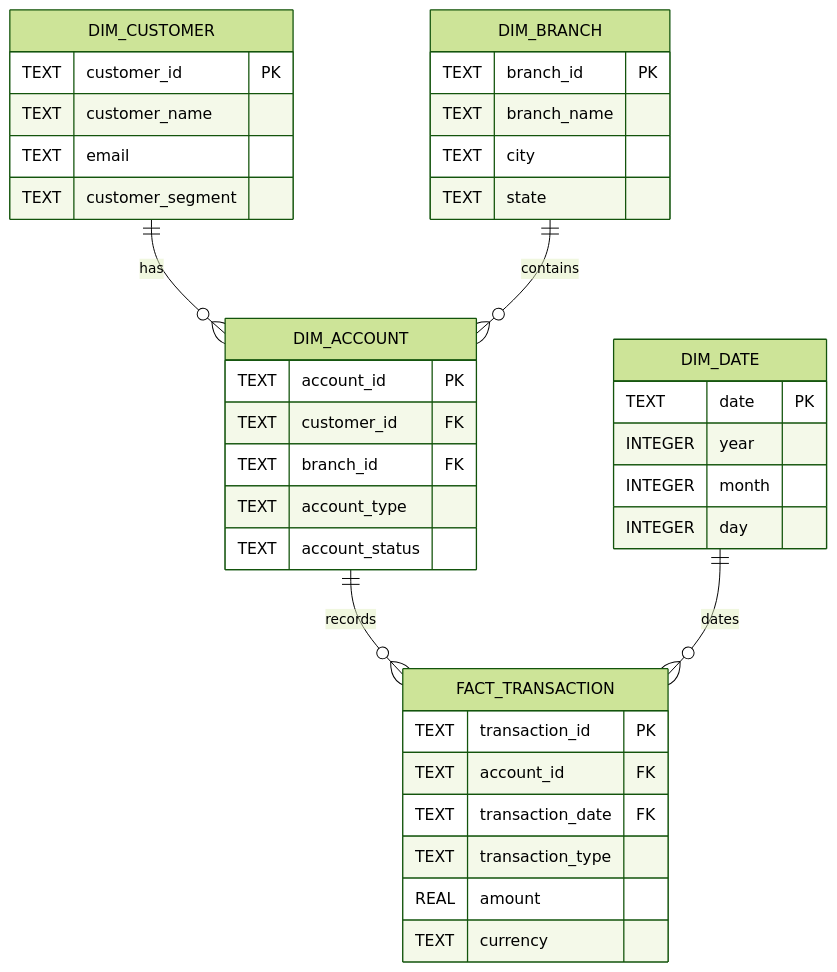
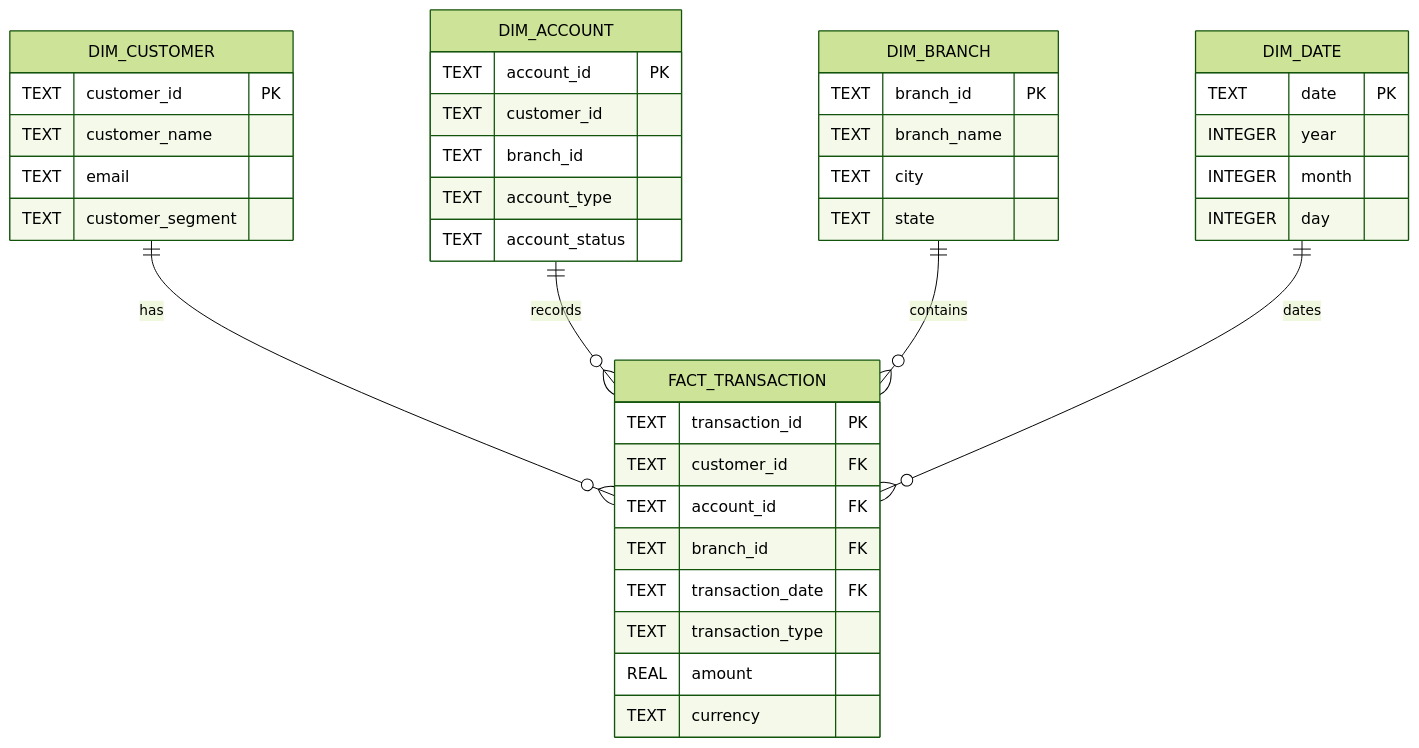
The diagram in docs/analytics/star_schema.md (parth-pawar/banking_data_pipeline), drawn with Mermaid (forest theme) before and after one commit. The commit also changed other lines of this file and 1 other file, not shown here.

Commit message:
docs: changed star schema

````diff
--- a/docs/analytics/star_schema.md
+++ b/docs/analytics/star_schema.md
@@ -5,45 +5,47 @@
 ```mermaid
 erDiagram
-    DIM_CUSTOMER ||--o{ DIM_ACCOUNT : has
-    DIM_BRANCH ||--o{ DIM_ACCOUNT : contains
+    DIM_CUSTOMER ||--o{ FACT_TRANSACTION : has
     DIM_ACCOUNT ||--o{ FACT_TRANSACTION : records
+    DIM_BRANCH ||--o{ FACT_TRANSACTION : contains
     DIM_DATE ||--o{ FACT_TRANSACTION : dates
 
     DIM_CUSTOMER {
         TEXT customer_id PK
         TEXT customer_name
         TEXT email
         TEXT customer_segment
     }
 
     DIM_BRANCH {
         TEXT branch_id PK
         TEXT branch_name
         TEXT city
         TEXT state
     }
 
     DIM_ACCOUNT {
         TEXT account_id PK
-        TEXT customer_id FK
-        TEXT branch_id FK
+        TEXT customer_id
+        TEXT branch_id
         TEXT account_type
         TEXT account_status
     }
 
     DIM_DATE {
         TEXT date PK
         INTEGER year
         INTEGER month
         INTEGER day
     }
 
     FACT_TRANSACTION {
         TEXT transaction_id PK
+        TEXT customer_id FK
         TEXT account_id FK
+        TEXT branch_id FK
         TEXT transaction_date FK
         TEXT transaction_type
         REAL amount
         TEXT currency
     }
 ```
````
